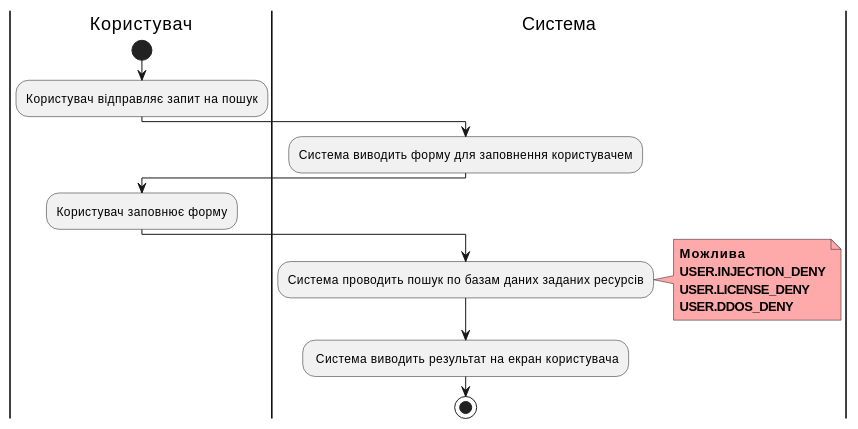
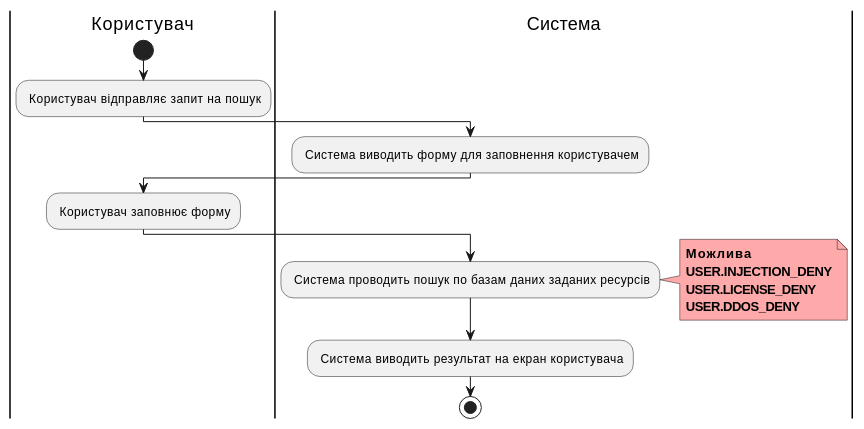
One commit to edu-db/edu_db_labs changed the fifth of 7 diagrams in docs/use cases/README.md. Above: the diagram before and after it, drawn with PlantUML. The commit also changed other lines of this file, not shown here.

```diff
--- a/docs/use cases/README.md
+++ b/docs/use cases/README.md
@@ -162,26 +162,26 @@
 @startuml
 
 |Користувач|
 start
-:Користувач відправляє запит на пошук;
+: Користувач відправляє запит на пошук;
 
 |Система|
-:Система виводить форму для заповнення користувачем;
+: Система виводить форму для заповнення користувачем;
 
 |Користувач|
-:Користувач заповнює форму;
+: Користувач заповнює форму;
 
 |Система|
-:Система проводить пошук по базам даних заданих ресурсів;
+: Система проводить пошук по базам даних заданих ресурсів;
 note right #ffaaaa
 <b>Можлива</b>
 <b>USER.INJECTION_DENY</b>
 <b>USER.LICENSE_DENY</b>
 <b>USER.DDOS_DENY</b>
 end note
 
     : Система виводить результат на екран користувача;
 
     stop;
 
 @enduml
```
